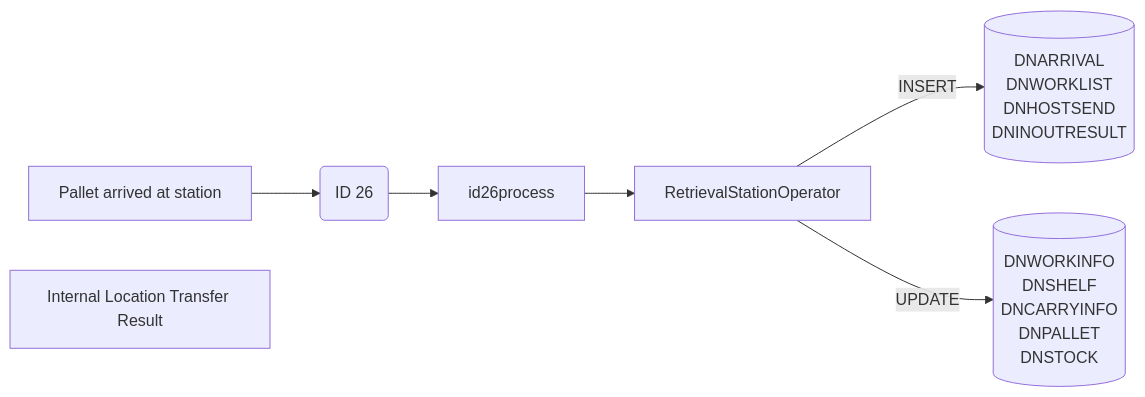
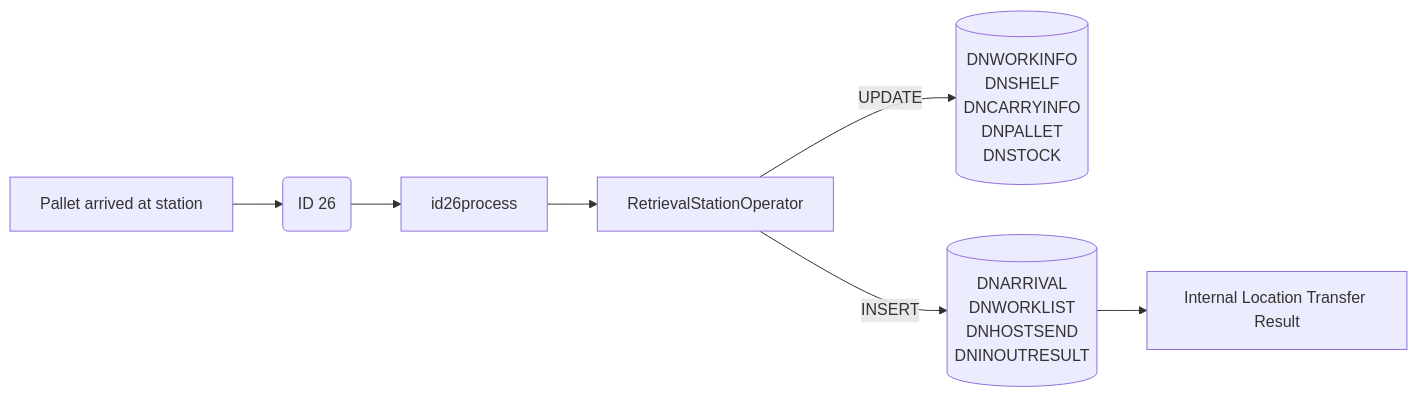
One commit to luthfiadityaa/SimeDarby-Wiki changed diagram 17 of 17 in Basic-Design/DFD-WMS/Retrieval/QC-Setting/Retrieval-for-QC-Start.md. Above: the diagram before and after it, drawn with Mermaid.

Commit message:
Updated Retrieval for QC Start

```diff
--- a/Basic-Design/DFD-WMS/Retrieval/QC-Setting/Retrieval-for-QC-Start.md
+++ b/Basic-Design/DFD-WMS/Retrieval/QC-Setting/Retrieval-for-QC-Start.md
@@ -678,41 +678,42 @@
 ::: mermaid
 flowchart LR
 
 buttonclicked["
 Pallet arrived at station
 "]
 
 buttonclicked2["
 Internal Location Transfer Result 
 "]
 
 id26msg("
 ID 26
 ")
 
 id26-update[("
 DNWORKINFO
 DNSHELF
 DNCARRYINFO
 DNPALLET
 DNSTOCK
 ")]
 
 id26-insert[("
 DNARRIVAL
 DNWORKLIST
 DNHOSTSEND
 DNINOUTRESULT
 ")]
 
 id26process[id26process]
 retrievaloperator[RetrievalStationOperator]
 
 
 buttonclicked --> id26msg
 id26msg -->id26process
 id26process-->retrievaloperator
 
 retrievaloperator--> |INSERT| id26-insert
 retrievaloperator--> |UPDATE| id26-update
+id26-insert-->buttonclicked2 
 :::
```
